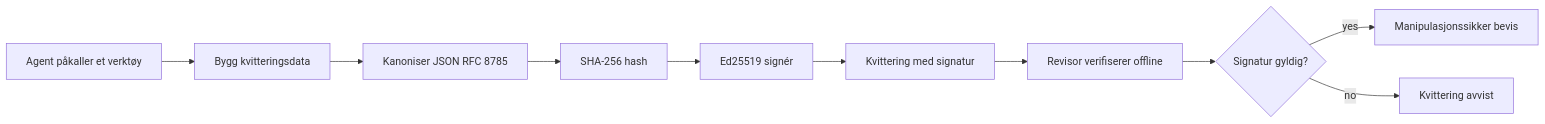
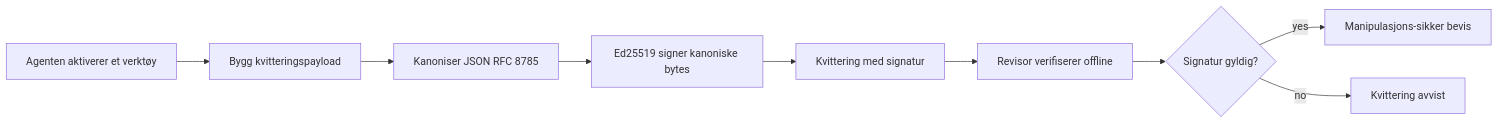
The first of 2 diagrams in mirrors/repos/microsoft@ai-agents-for-beginners/translations/no/18-securing-ai-agents/README.md (gabrielmoreira/agent-skills-mirror), drawn with Mermaid before and after one commit. The commit also changed other lines of this file and 4262 other files, not shown here.

````diff
--- a/mirrors/repos/microsoft@ai-agents-for-beginners/translations/no/18-securing-ai-agents/README.md
+++ b/mirrors/repos/microsoft@ai-agents-for-beginners/translations/no/18-securing-ai-agents/README.md
@@ -51,12 +51,11 @@
 ```mermaid
 flowchart LR
-    A[Agent påkaller et verktøy] --> B[Bygg kvitteringsdata]
+    A[Agenten aktiverer et verktøy] --> B[Bygg kvitteringspayload]
     B --> C[Kanoniser JSON RFC 8785]
-    C --> D[SHA-256 hash]
-    D --> E[Ed25519 signér]
+    C --> E[Ed25519 signer kanoniske bytes]
     E --> F[Kvittering med signatur]
     F --> G[Revisor verifiserer offline]
     G --> H{Signatur gyldig?}
-    H -- yes --> I[Manipulasjonssikker bevis]
+    H -- yes --> I[Manipulasjons-sikker bevis]
     H -- no --> J[Kvittering avvist]
 ```
````
